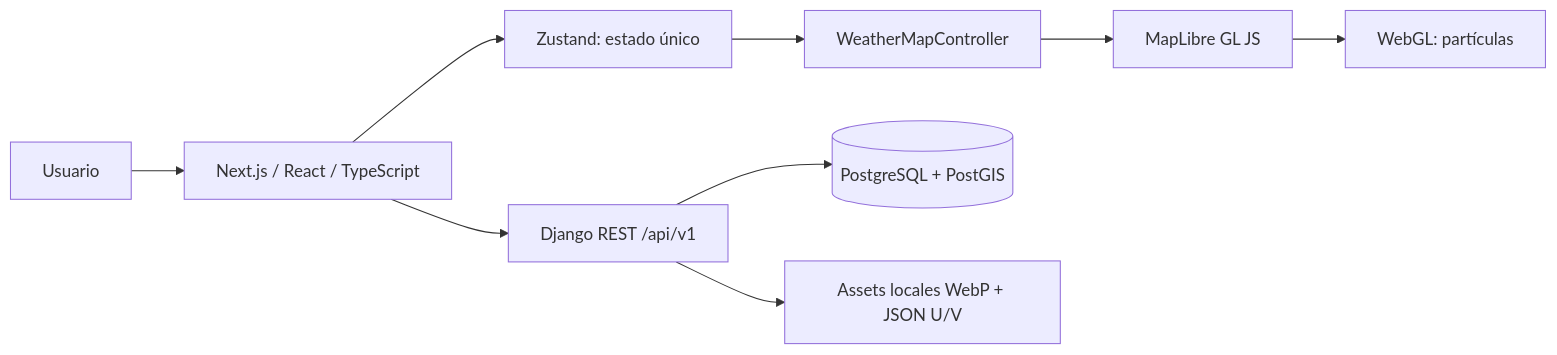
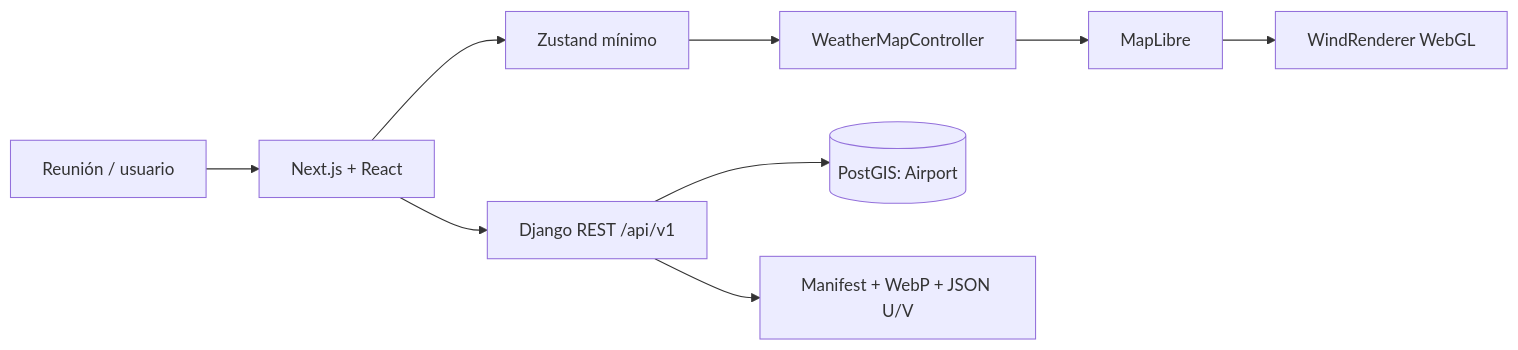
One commit to carlos18bp/aviation_weather_viewer_project changed the first of 4 diagrams in docs/methodology/architecture.md. Above: the diagram before and after it, drawn with Mermaid. The commit also changed other lines of this file and 31 other files, not shown here.

````diff
--- a/docs/methodology/architecture.md
+++ b/docs/methodology/architecture.md
@@ -8,11 +8,11 @@
 ```mermaid
 flowchart LR
-    U[Usuario] --> N[Next.js / React / TypeScript]
-    N --> S[Zustand: estado único]
+    U[Reunión / usuario] --> N[Next.js + React]
+    N --> S[Zustand mínimo]
     S --> C[WeatherMapController]
-    C --> M[MapLibre GL JS]
-    M --> W[WebGL: partículas]
+    C --> M[MapLibre]
+    M --> W[WindRenderer WebGL]
     N --> A[Django REST /api/v1]
-    A --> P[(PostgreSQL + PostGIS)]
-    A --> F[Assets locales WebP + JSON U/V]
+    A --> P[(PostGIS: Airport)]
+    A --> F[Manifest + WebP + JSON U/V]
 ```
````
